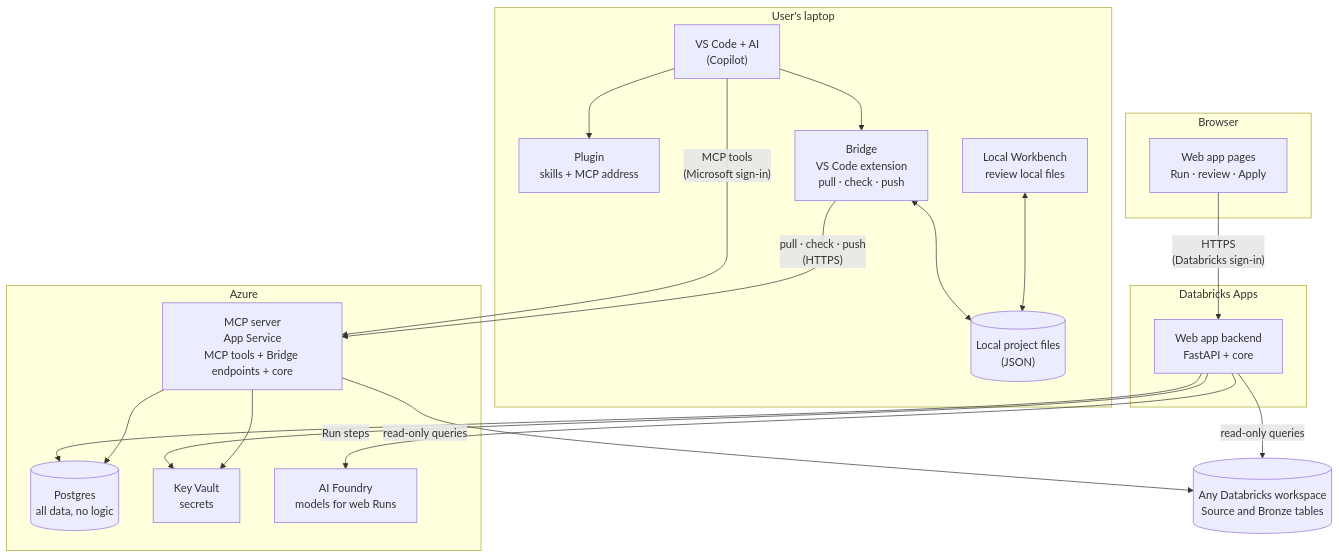
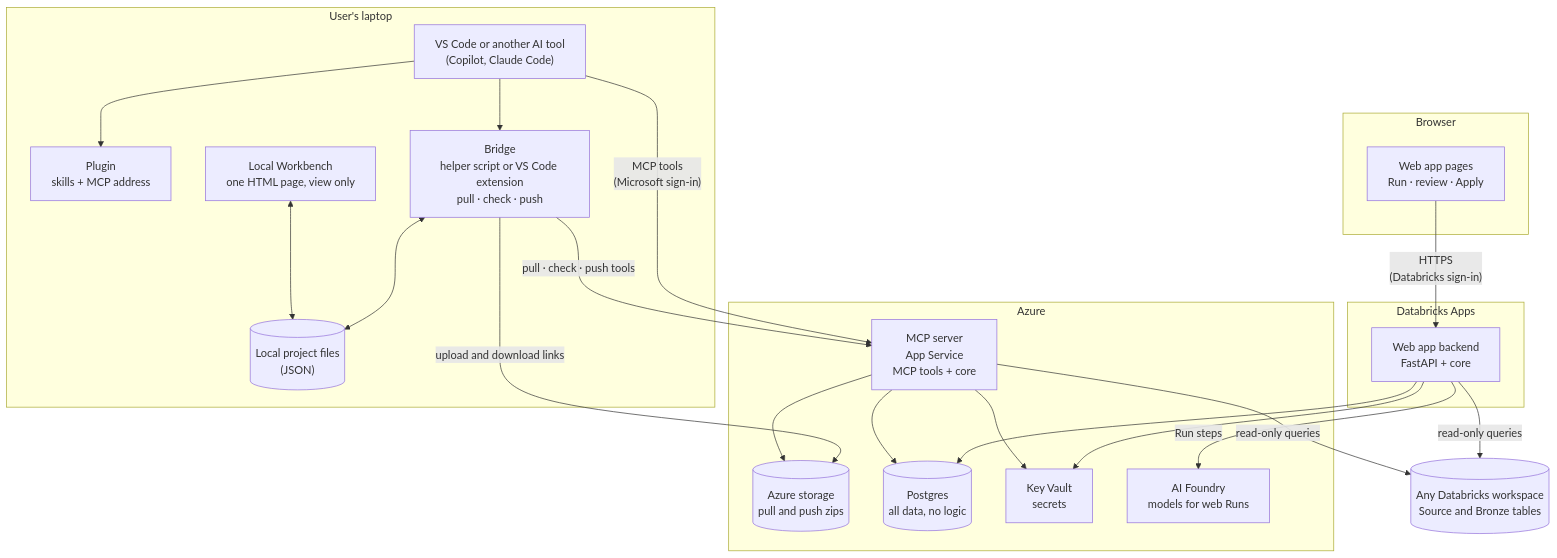
The first of 4 diagrams in docs/architecture.md (maazuddinmohammed/gds_workbench_v3), drawn with Mermaid before and after one commit. The commit also changed other lines of this file and 3 other files, not shown here.

Commit message:
Bridge decisions (Nov 21): Terminal Bridge and Extension Bridge, pull and push through Azure storage, lean Local Workbench, server check first

````diff
--- a/docs/architecture.md
+++ b/docs/architecture.md
@@ -7,44 +7,47 @@
 ```mermaid
 flowchart TB
     subgraph LAPTOP["User's laptop"]
-        VSC["VS Code + AI<br/>(Copilot)"]
+        VSC["VS Code or another AI tool<br/>(Copilot, Claude Code)"]
         PLUGIN["Plugin<br/>skills + MCP address"]
-        BRIDGE["Bridge<br/>VS Code extension<br/>pull · check · push"]
-        WORKBENCH["Local Workbench<br/>review local files"]
+        BRIDGE["Bridge<br/>helper script or VS Code extension<br/>pull · check · push"]
+        WORKBENCH["Local Workbench<br/>one HTML page, view only"]
         FILES[("Local project files<br/>(JSON)")]
     end
 
     subgraph BROWSER["Browser"]
         PAGES["Web app pages<br/>Run · review · Apply"]
     end
 
     subgraph DATABRICKS_APPS["Databricks Apps"]
         WEB["Web app backend<br/>FastAPI + core"]
     end
 
     subgraph AZURE["Azure"]
-        MCP["MCP server<br/>App Service<br/>MCP tools + Bridge endpoints + core"]
+        MCP["MCP server<br/>App Service<br/>MCP tools + core"]
+        STORE[("Azure storage<br/>pull and push zips")]
         PG[("Postgres<br/>all data, no logic")]
         KV["Key Vault<br/>secrets"]
         FOUNDRY["AI Foundry<br/>models for web Runs"]
     end
 
     DBX[("Any Databricks workspace<br/>Source and Bronze tables")]
 
     VSC --> PLUGIN
     VSC -- "MCP tools<br/>(Microsoft sign-in)" --> MCP
     VSC --> BRIDGE
     BRIDGE <--> FILES
     WORKBENCH <--> FILES
-    BRIDGE -- "pull · check · push<br/>(HTTPS)" --> MCP
+    BRIDGE -- "pull · check · push tools" --> MCP
+    BRIDGE -- "upload and download links" --> STORE
+    MCP --> STORE
 
     PAGES -- "HTTPS<br/>(Databricks sign-in)" --> WEB
 
     WEB --> PG
     MCP --> PG
     WEB --> KV
     MCP --> KV
     WEB -- "Run steps" --> FOUNDRY
     WEB -- "read-only queries" --> DBX
     MCP -- "read-only queries" --> DBX
 ```
````
